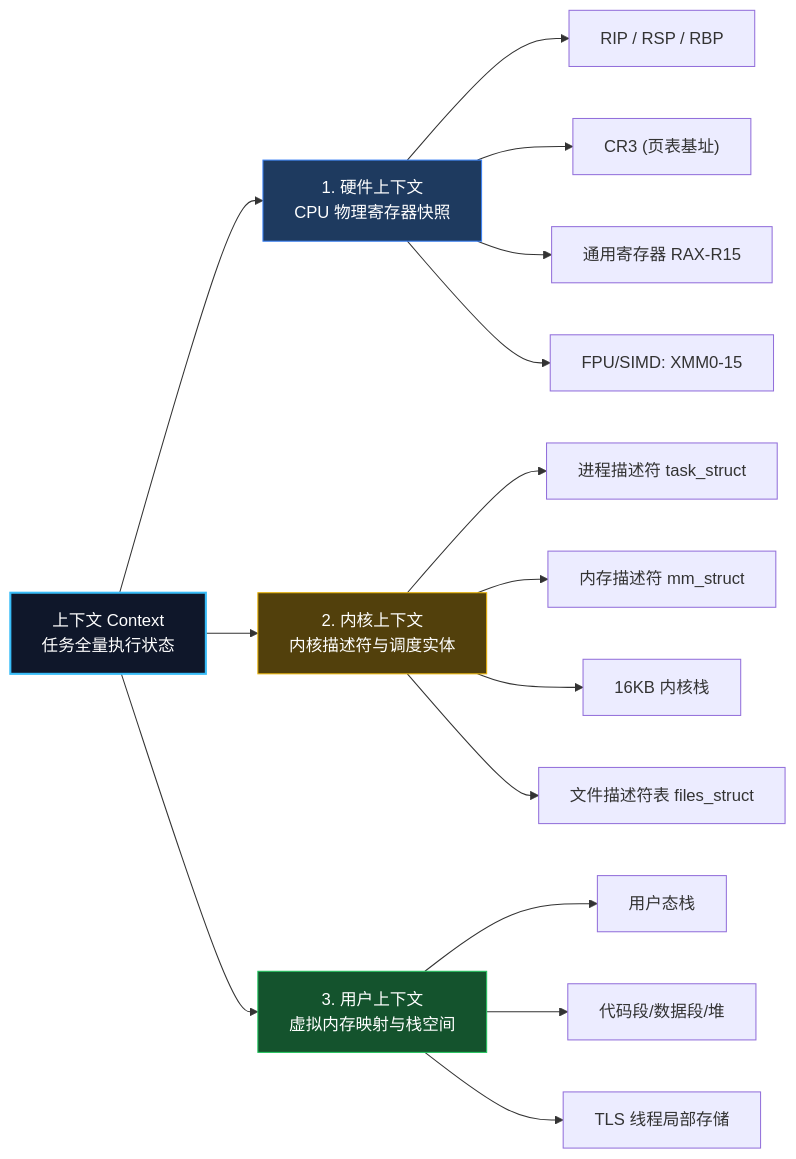
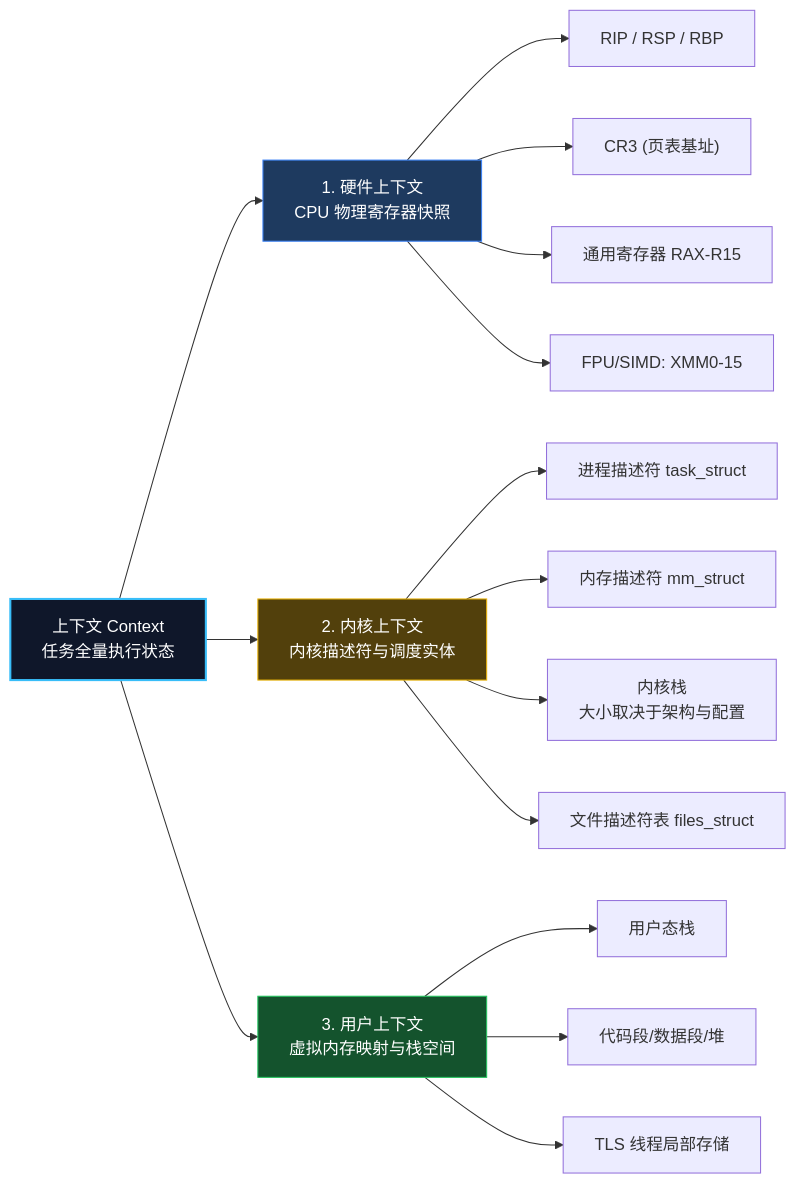
One commit to MoreConsequence/MoreConsequence.github.io changed the second of 5 diagrams in content/posts/understanding-context-switching-from-cpu-to-goroutines.md. Above: the diagram before and after it, drawn with Mermaid. The commit also changed other lines of this file and 263 other files, not shown here.

````diff
--- a/content/posts/understanding-context-switching-from-cpu-to-goroutines.md
+++ b/content/posts/understanding-context-switching-from-cpu-to-goroutines.md
@@ -51,25 +52,25 @@
 ```mermaid
 graph LR
     Root["上下文 Context<br/>任务全量执行状态"] --> HW["1. 硬件上下文<br/>CPU 物理寄存器快照"]
     Root --> KC["2. 内核上下文<br/>内核描述符与调度实体"]
     Root --> UC["3. 用户上下文<br/>虚拟内存映射与栈空间"]
 
     HW --> HW1["RIP / RSP / RBP"]
     HW --> HW2["CR3 (页表基址)"]
     HW --> HW3["通用寄存器 RAX-R15"]
     HW --> HW4["FPU/SIMD: XMM0-15"]
 
     KC --> KC1["进程描述符 task_struct"]
     KC --> KC2["内存描述符 mm_struct"]
-    KC --> KC3["16KB 内核栈"]
+    KC --> KC3["内核栈<br/>大小取决于架构与配置"]
     KC --> KC4["文件描述符表 files_struct"]
 
     UC --> UC1["用户态栈"]
     UC --> UC2["代码段/数据段/堆"]
     UC --> UC3["TLS 线程局部存储"]
 
     style Root fill:#0f172a,stroke:#38bdf8,stroke-width:2px,color:#fff
     style HW fill:#1e3a5f,stroke:#3b82f6,color:#fff
     style KC fill:#52400c,stroke:#eab308,color:#fff
     style UC fill:#14532d,stroke:#22c55e,color:#fff
 ```
````
